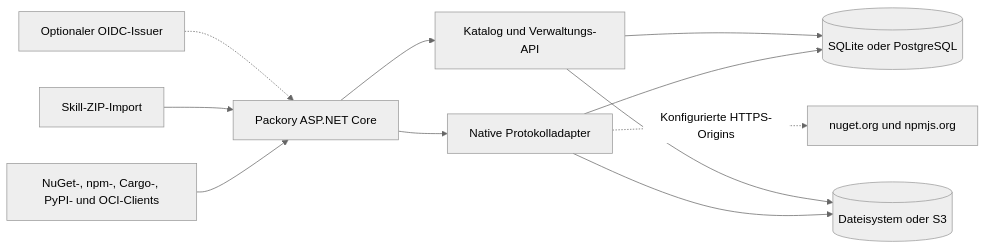
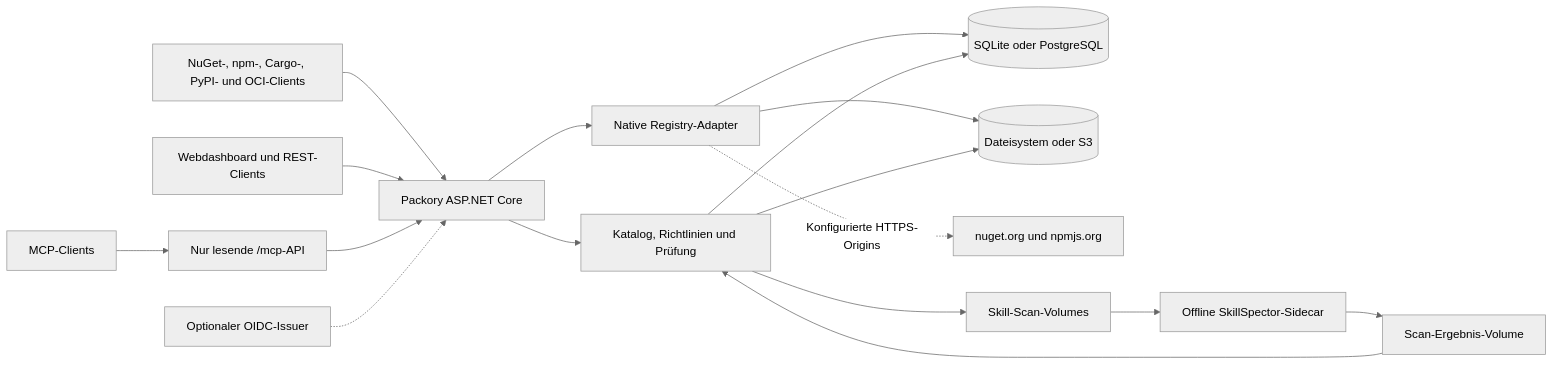
The diagram in README.de.md (Cenn0/Packory), drawn with Mermaid (neutral theme) before and after one commit. The commit also changed other lines of this file, not shown here.

Commit message:
docs: document registry and MCP scan boundaries

````diff
--- a/README.de.md
+++ b/README.de.md
@@ -79,13 +79,19 @@
 ```mermaid
 flowchart LR
-  C[NuGet-, npm-, Cargo-, PyPI- und OCI-Clients] --> A[Packory ASP.NET Core]
-  K[Skill-ZIP-Import] --> A
-  O[Optionaler OIDC-Issuer] -.-> A
-  A --> N[Native Protokolladapter]
-  A --> M[Katalog und Verwaltungs-API]
-  N --> D[(SQLite oder PostgreSQL)]
-  M --> D
-  N --> B[(Dateisystem oder S3)]
-  M --> B
-  N -.->|Konfigurierte HTTPS-Origins| U[nuget.org und npmjs.org]
+  C["NuGet-, npm-, Cargo-, PyPI- und OCI-Clients"] --> App["Packory ASP.NET Core"]
+  Web["Webdashboard und REST-Clients"] --> App
+  MCP["MCP-Clients"] --> Read["Nur lesende /mcp-API"]
+  Read --> App
+  OIDC["Optionaler OIDC-Issuer"] -.-> App
+  App --> Adapter["Native Registry-Adapter"]
+  App --> Catalog["Katalog, Richtlinien und Prüfung"]
+  Adapter --> DB[("SQLite oder PostgreSQL")]
+  Catalog --> DB
+  Adapter --> Blob[("Dateisystem oder S3")]
+  Catalog --> Blob
+  Adapter -. "Konfigurierte HTTPS-Origins" .-> U["nuget.org und npmjs.org"]
+  Catalog --> Queue["Skill-Scan-Volumes"]
+  Queue --> Scan["Offline SkillSpector-Sidecar"]
+  Scan --> Out["Scan-Ergebnis-Volume"]
+  Out --> Catalog
 ```
````
